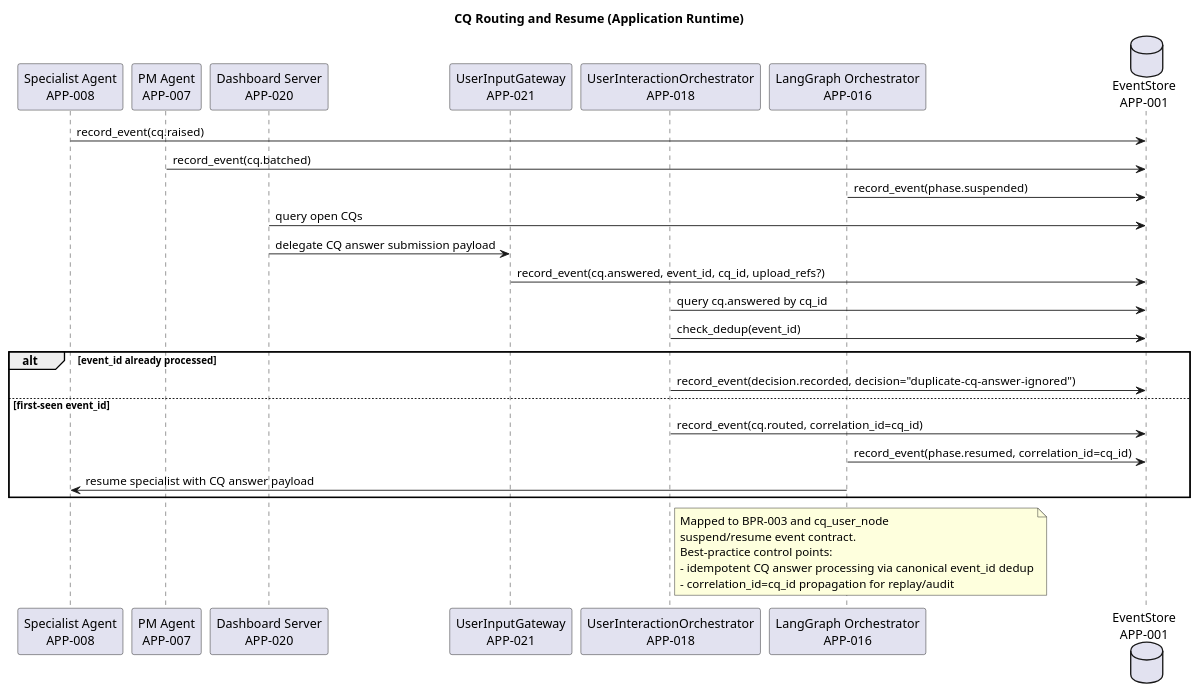
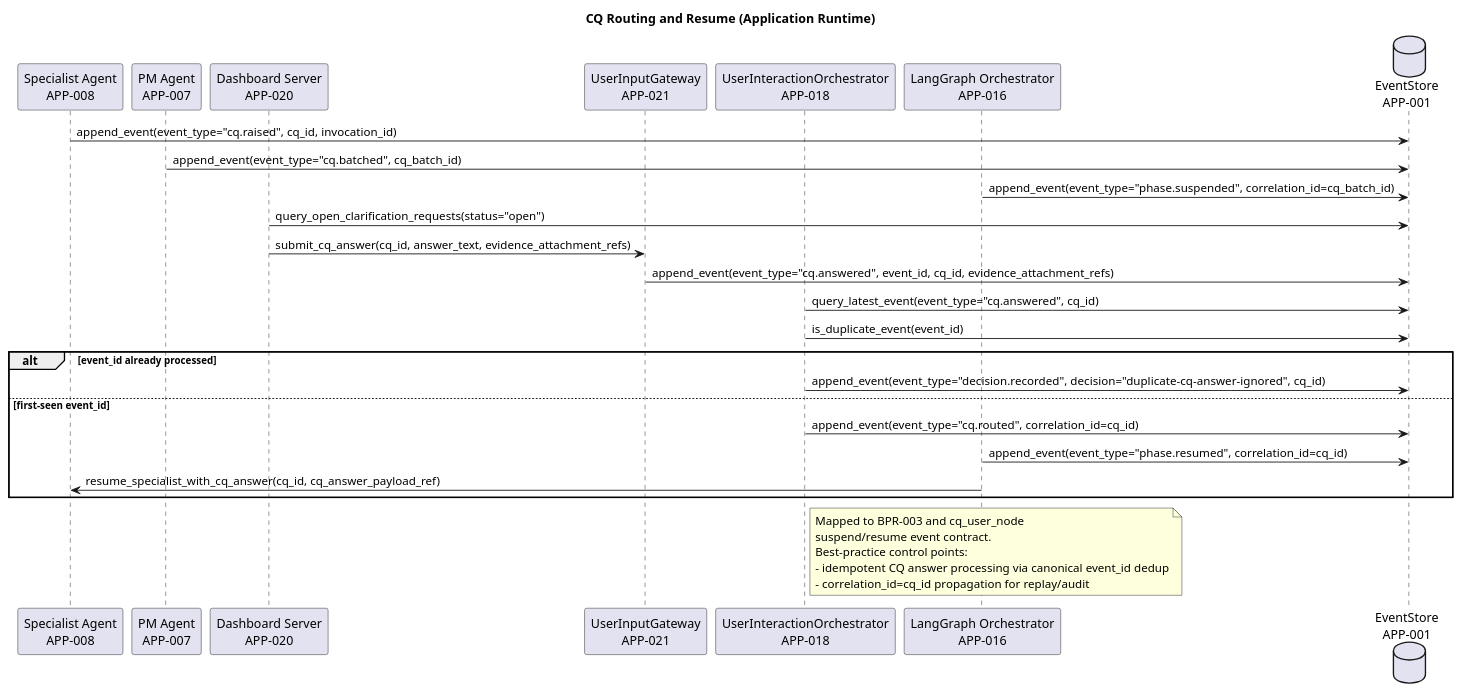
One commit to mbauer83/sdlc-multi-agent-system changed the diagram in engagements/ENG-001/work-repositories/architecture-repository/diagram-catalog/diagrams/runtime-sequence-cq-routing-resume-v1.puml. Above: the diagram before and after it, drawn with PlantUML. The commit also changed 38 other files, not shown here.

```diff
--- a/engagements/ENG-001/work-repositories/architecture-repository/diagram-catalog/diagrams/runtime-sequence-cq-routing-resume-v1.puml
+++ b/engagements/ENG-001/work-repositories/architecture-repository/diagram-catalog/diagrams/runtime-sequence-cq-routing-resume-v1.puml
@@ -29,36 +29,36 @@
 @startuml runtime-sequence-cq-routing-resume-v1
 title CQ Routing and Resume (Application Runtime)
 
 participant "Specialist Agent\nAPP-008" as APP_008
 participant "PM Agent\nAPP-007" as APP_007
 participant "Dashboard Server\nAPP-020" as APP_020
 participant "UserInputGateway\nAPP-021" as APP_021
 participant "UserInteractionOrchestrator\nAPP-018" as APP_018
 participant "LangGraph Orchestrator\nAPP-016" as APP_016
 database "EventStore\nAPP-001" as APP_001
 
-APP_008 -> APP_001: record_event(cq.raised)
-APP_007 -> APP_001: record_event(cq.batched)
-APP_016 -> APP_001: record_event(phase.suspended)
+APP_008 -> APP_001: append_event(event_type="cq.raised", cq_id, invocation_id)
+APP_007 -> APP_001: append_event(event_type="cq.batched", cq_batch_id)
+APP_016 -> APP_001: append_event(event_type="phase.suspended", correlation_id=cq_batch_id)
 
-APP_020 -> APP_001: query open CQs
-APP_020 -> APP_021: delegate CQ answer submission payload
-APP_021 -> APP_001: record_event(cq.answered, event_id, cq_id, upload_refs?)
-APP_018 -> APP_001: query cq.answered by cq_id
-APP_018 -> APP_001: check_dedup(event_id)
+APP_020 -> APP_001: query_open_clarification_requests(status="open")
+APP_020 -> APP_021: submit_cq_answer(cq_id, answer_text, evidence_attachment_refs)
+APP_021 -> APP_001: append_event(event_type="cq.answered", event_id, cq_id, evidence_attachment_refs)
+APP_018 -> APP_001: query_latest_event(event_type="cq.answered", cq_id)
+APP_018 -> APP_001: is_duplicate_event(event_id)
 alt event_id already processed
-	APP_018 -> APP_001: record_event(decision.recorded, decision="duplicate-cq-answer-ignored")
+	APP_018 -> APP_001: append_event(event_type="decision.recorded", decision="duplicate-cq-answer-ignored", cq_id)
 else first-seen event_id
-	APP_018 -> APP_001: record_event(cq.routed, correlation_id=cq_id)
-	APP_016 -> APP_001: record_event(phase.resumed, correlation_id=cq_id)
-	APP_016 -> APP_008: resume specialist with CQ answer payload
+	APP_018 -> APP_001: append_event(event_type="cq.routed", correlation_id=cq_id)
+	APP_016 -> APP_001: append_event(event_type="phase.resumed", correlation_id=cq_id)
+	APP_016 -> APP_008: resume_specialist_with_cq_answer(cq_id, cq_answer_payload_ref)
 end
 
 note right of APP_018
 Mapped to BPR-003 and cq_user_node
 suspend/resume event contract.
 Best-practice control points:
 - idempotent CQ answer processing via canonical event_id dedup
 - correlation_id=cq_id propagation for replay/audit
 end note
 @enduml
```
